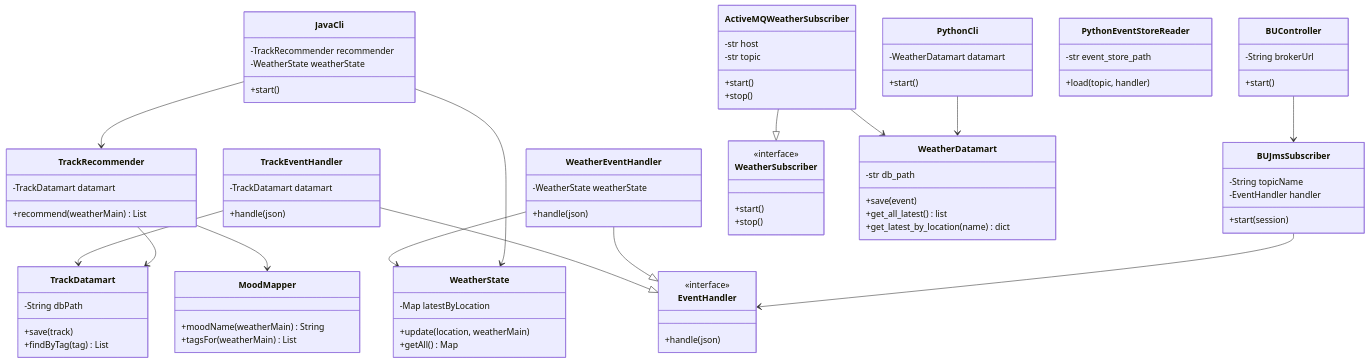
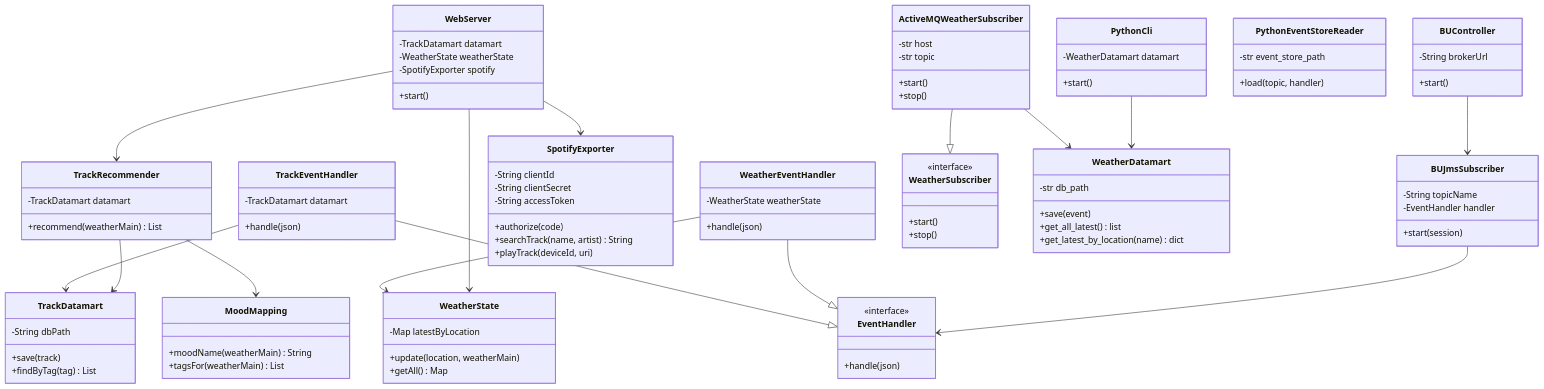
Before and after one commit to CiberVibes/music-weather-recommender: the fourth of 4 diagrams in README.md, drawn with Mermaid. The commit also changed other lines of this file and 1 other file, not shown here.

```diff
--- a/README.md
+++ b/README.md
@@ -449,7 +505,7 @@
         +save(track)
         +findByTag(tag) List
     }
-    class MoodMapper {
+    class MoodMapping {
         +moodName(weatherMain) String
         +tagsFor(weatherMain) List
     }
@@ -457,15 +513,24 @@
         -TrackDatamart datamart
         +recommend(weatherMain) List
     }
+    class SpotifyExporter {
+        -String clientId
+        -String clientSecret
+        -String accessToken
+        +authorize(code)
+        +searchTrack(name, artist) String
+        +playTrack(deviceId, uri)
+    }
+    class WebServer {
+        -TrackDatamart datamart
+        -WeatherState weatherState
+        -SpotifyExporter spotify
+        +start()
+    }
     class BUJmsSubscriber {
         -String topicName
         -EventHandler handler
         +start(session)
-    }
-    class JavaCli {
-        -TrackRecommender recommender
-        -WeatherState weatherState
-        +start()
     }
     class BUController {
         -String brokerUrl
@@ -503,10 +568,11 @@
     TrackEventHandler --> TrackDatamart
     WeatherEventHandler --> WeatherState
     TrackRecommender --> TrackDatamart
-    TrackRecommender --> MoodMapper
+    TrackRecommender --> MoodMapping
     BUJmsSubscriber --> EventHandler
-    JavaCli --> TrackRecommender
-    JavaCli --> WeatherState
+    WebServer --> TrackRecommender
+    WebServer --> WeatherState
+    WebServer --> SpotifyExporter
     BUController --> BUJmsSubscriber
     ActiveMQWeatherSubscriber --> WeatherDatamart
     PythonCli --> WeatherDatamart
```
